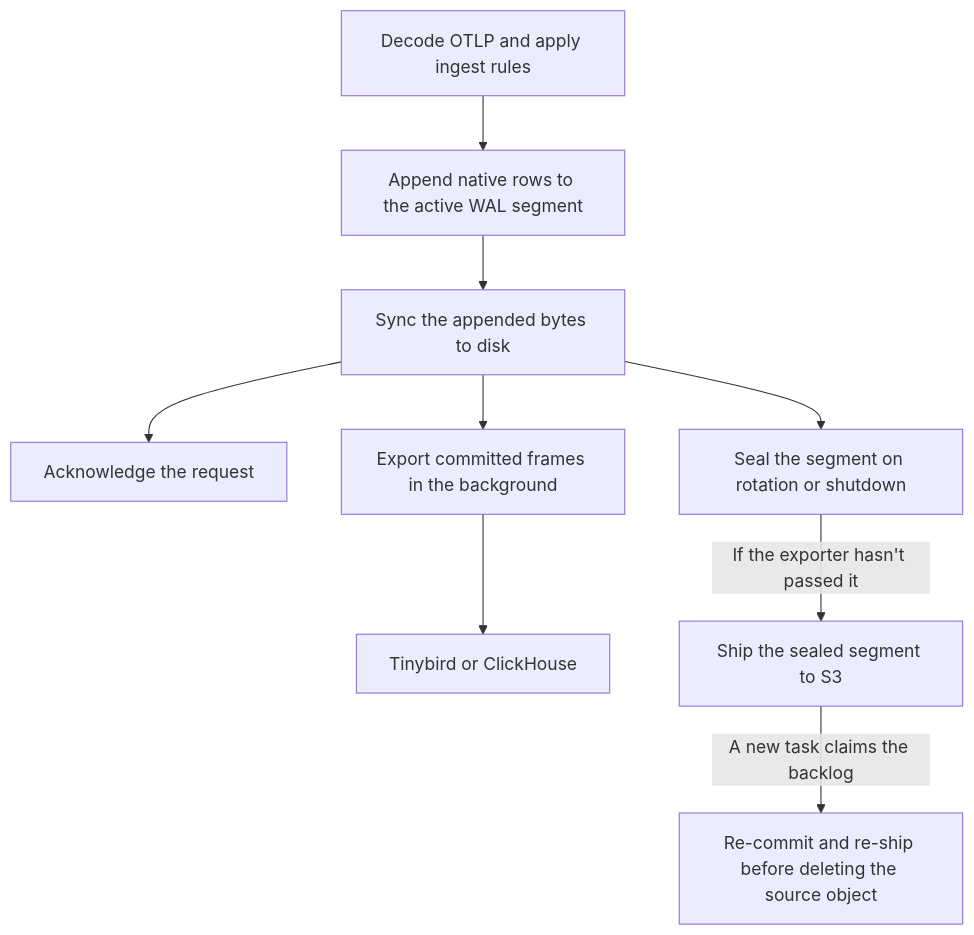
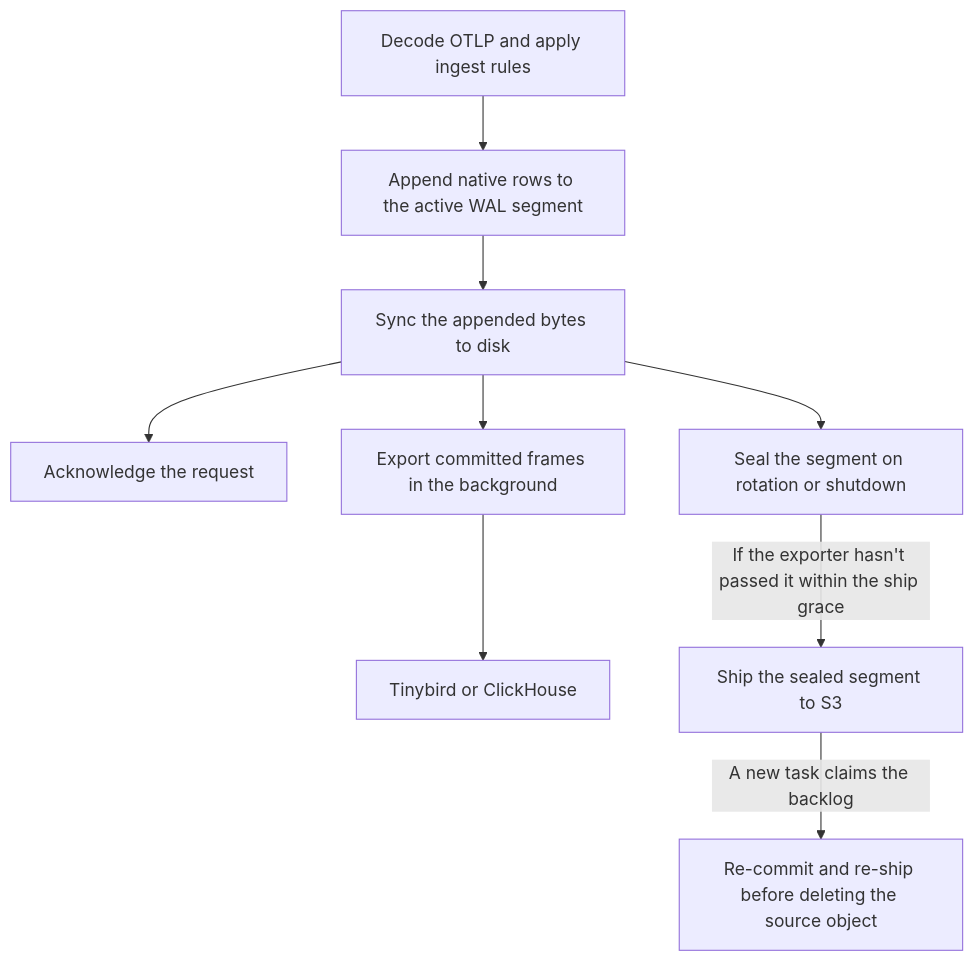
One commit to MapleTechLabs/maple changed the diagram in docs/ingest-wal-durability.md. Above: the diagram before and after it, drawn with Mermaid. The commit also changed other lines of this file and 5 other files, not shown here.

````diff
--- a/docs/ingest-wal-durability.md
+++ b/docs/ingest-wal-durability.md
@@ -12,13 +12,13 @@
 ```mermaid
 flowchart TD
     accTitle: Ingest WAL write, export and recovery
     accDescr: Ingest acknowledges the request after a disk sync. Export and sealed segment backups run in the background.
     Decode["Decode OTLP and apply ingest rules"] --> Append["Append native rows to the active WAL segment"]
     Append --> Sync["Sync the appended bytes to disk"]
     Sync --> Ack["Acknowledge the request"]
     Sync --> Export["Export committed frames in the background"]
     Export --> Warehouse["Tinybird or ClickHouse"]
     Sync --> Seal["Seal the segment on rotation or shutdown"]
-    Seal -->|"If the exporter hasn't passed it"| Ship["Ship the sealed segment to S3"]
+    Seal -->|"If the exporter hasn't passed it within the ship grace"| Ship["Ship the sealed segment to S3"]
     Ship -->|"A new task claims the backlog"| Recover["Re-commit and re-ship before deleting the source object"]
 ```
````
